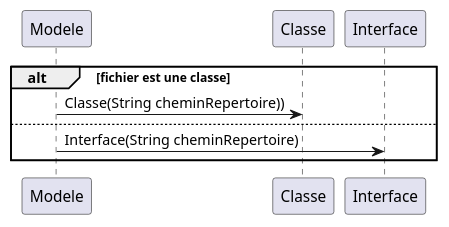
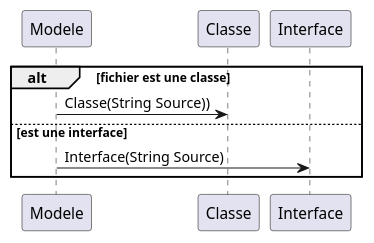
Before and after one commit to Cedran-Bastien/GENERATION-AUTOMATIQUE-DE-DIAGRAMME-DE-CLASSES: the diagram in demo/Conception/Sprint_1/CreationInstance.puml, drawn with PlantUML. The commit also changed 1 other file, not shown here.

Commit message:
retait +terminaison diagramme sequence

```diff
--- a/demo/Conception/Sprint_1/CreationInstance.puml
+++ b/demo/Conception/Sprint_1/CreationInstance.puml
@@ -1,7 +1,7 @@
 @startuml
 alt fichier est une classe
-Modele->Classe:Classe(String cheminRepertoire))
-else
-Modele->Interface:Interface(String cheminRepertoire)
+Modele->Classe:Classe(String Source))
+else est une interface
+Modele->Interface:Interface(String Source)
 end
 @enduml
```
